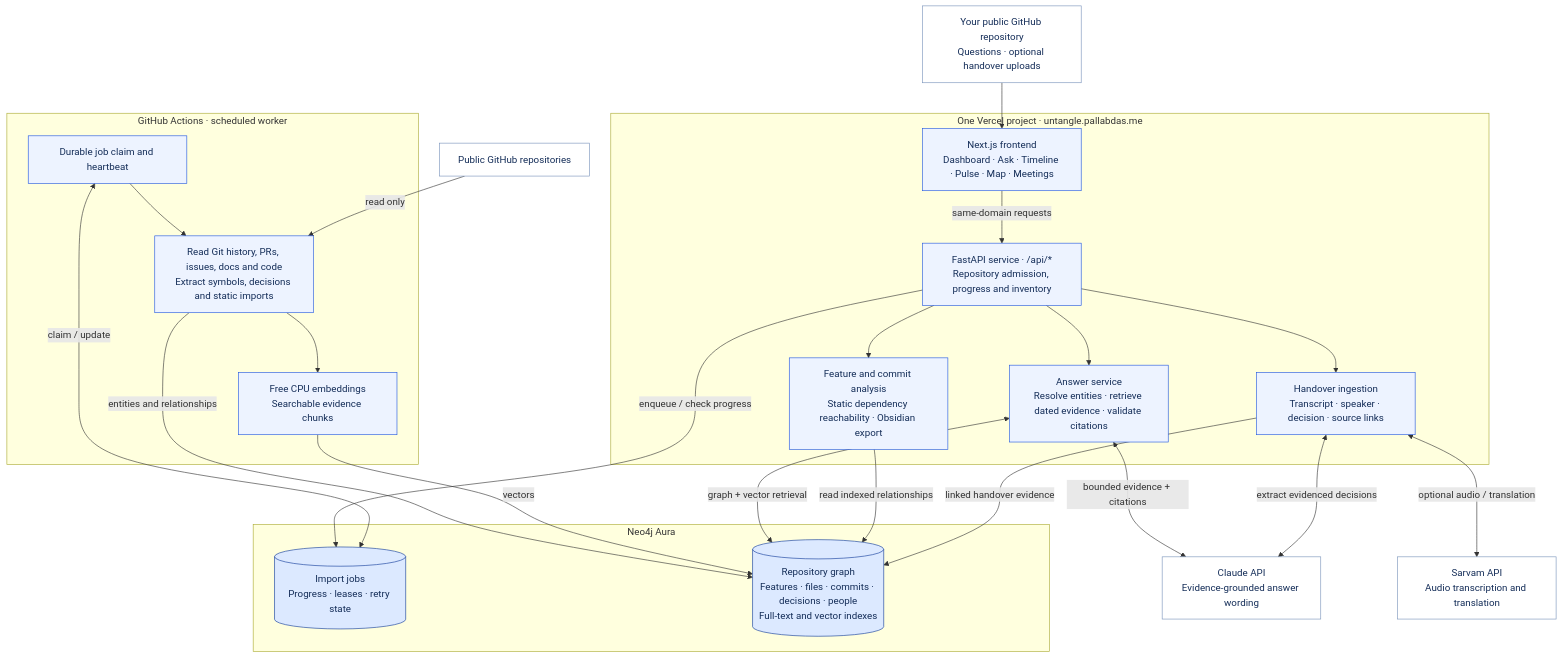
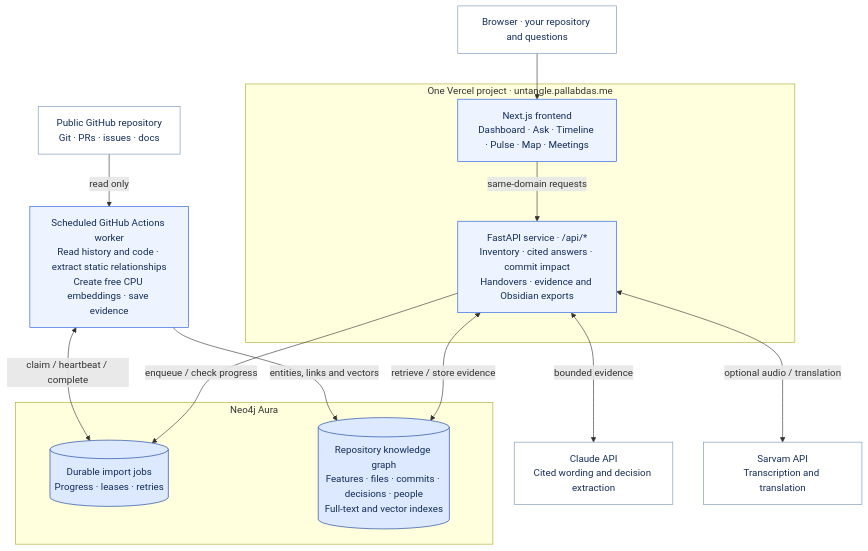
One commit to PDGamerSG/Untangle changed the diagram in README.md. Above: the diagram before and after it, drawn with Mermaid.

Commit message:
docs: simplify the architecture diagram for readable rendering

````diff
--- a/README.md
+++ b/README.md
@@ -117,52 +117,36 @@
 ```mermaid
 flowchart TB
-  Visitor["Your public GitHub repository<br/>Questions · optional handover uploads"]
+  Visitor["Browser · your repository and questions"]
 
   subgraph Vercel["One Vercel project · untangle.pallabdas.me"]
     Web["Next.js frontend<br/>Dashboard · Ask · Timeline · Pulse · Map · Meetings"]
-    API["FastAPI service · /api/*<br/>Repository admission, progress and inventory"]
-    Retrieve["Answer service<br/>Resolve entities · retrieve dated evidence · validate citations"]
-    Map["Feature and commit analysis<br/>Static dependency reachability · Obsidian export"]
-    KT["Handover ingestion<br/>Transcript · speaker · decision · source links"]
+    API["FastAPI service · /api/*<br/>Inventory · cited answers · commit impact<br/>Handovers · evidence and Obsidian exports"]
     Web -->|"same-domain requests"| API
-    API --> Retrieve
-    API --> Map
-    API --> KT
-  end
-
-  subgraph Background["GitHub Actions · scheduled worker"]
-    Worker["Durable job claim and heartbeat"]
-    Ingest["Read Git history, PRs, issues, docs and code<br/>Extract symbols, decisions and static imports"]
-    Embed["Free CPU embeddings<br/>Searchable evidence chunks"]
-    Worker --> Ingest --> Embed
   end
 
   subgraph Storage["Neo4j Aura"]
-    Queue[("Import jobs<br/>Progress · leases · retry state")]
-    Graph[("Repository graph<br/>Features · files · commits · decisions · people<br/>Full-text and vector indexes")]
+    Queue[("Durable import jobs<br/>Progress · leases · retries")]
+    Graph[("Repository knowledge graph<br/>Features · files · commits · decisions · people<br/>Full-text and vector indexes")]
   end
 
-  GitHub["Public GitHub repositories"]
-  Answers["Claude API<br/>Evidence-grounded answer wording"]
-  Speech["Sarvam API<br/>Audio transcription and translation"]
+  Worker["Scheduled GitHub Actions worker<br/>Read history and code · extract static relationships<br/>Create free CPU embeddings · save evidence"]
+  GitHub["Public GitHub repository<br/>Git · PRs · issues · docs"]
+  AI["Claude API<br/>Cited wording and decision extraction"]
+  Speech["Sarvam API<br/>Transcription and translation"]
 
   Visitor --> Web
+  API <-->|"retrieve / store evidence"| Graph
   API -->|"enqueue / check progress"| Queue
-  Worker <-->|"claim / update"| Queue
-  GitHub -->|"read only"| Ingest
-  Ingest -->|"entities and relationships"| Graph
-  Embed -->|"vectors"| Graph
-  Retrieve <-->|"graph + vector retrieval"| Graph
-  Retrieve <-->|"bounded evidence + citations"| Answers
-  Map -->|"read indexed relationships"| Graph
-  KT <-->|"optional audio / translation"| Speech
-  KT -->|"linked handover evidence"| Graph
-  KT <-->|"extract evidenced decisions"| Answers
+  Worker <-->|"claim / heartbeat / complete"| Queue
+  GitHub -->|"read only"| Worker
+  Worker -->|"entities, links and vectors"| Graph
+  API <-->|"bounded evidence"| AI
+  API <-->|"optional audio / translation"| Speech
 
   classDef blue fill:#edf3ff,stroke:#1f55e0,color:#142d58;
   classDef storage fill:#dce9ff,stroke:#0f3a99,color:#142d58;
   classDef external fill:#ffffff,stroke:#7892ba,color:#142d58;
-  class Web,API,Retrieve,Map,KT,Worker,Ingest,Embed blue;
+  class Web,API,Worker blue;
   class Queue,Graph storage;
-  class Visitor,GitHub,Answers,Speech external;
+  class Visitor,GitHub,AI,Speech external;
 ```
````
